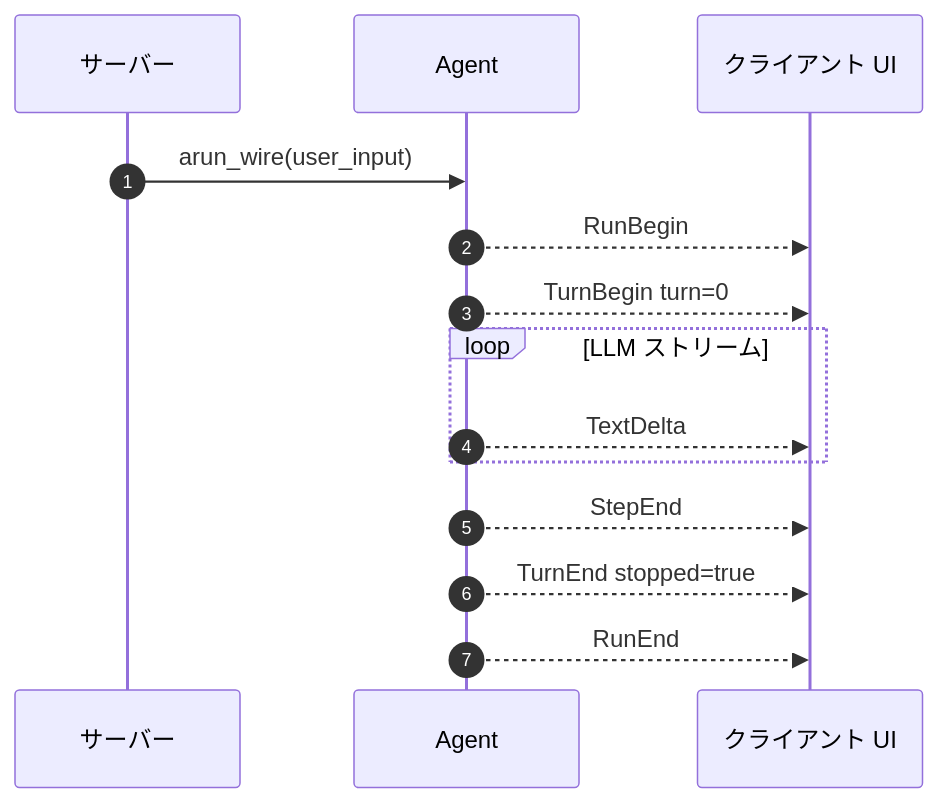
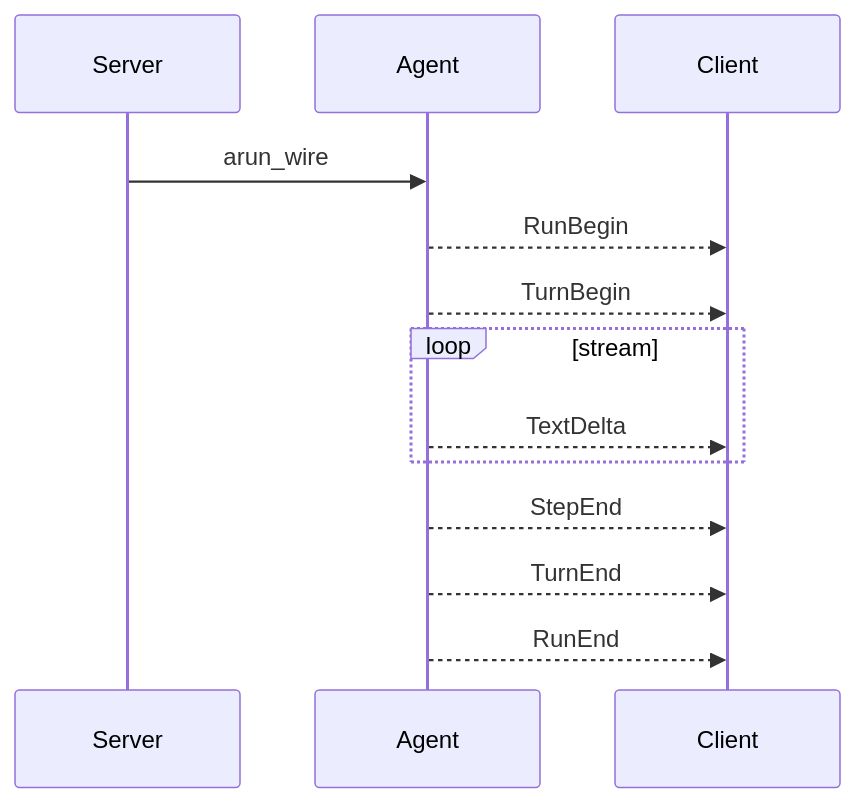
The third of 4 diagrams in docs/ja/wire.md (Mayerxjchen/ElectroMind), drawn with Mermaid before and after one commit. The commit also changed other lines of this file and 23 other files, not shown here.

First line of the commit message:
docs: add Mermaid diagrams and fix rendering

````diff
--- a/docs/ja/wire.md
+++ b/docs/ja/wire.md
@@ -60,17 +38,16 @@
 ```mermaid
 sequenceDiagram
-  autonumber
-  participant App as サーバー
-  participant Agent as Agent
-  participant Client as クライアント UI
+  participant App as Server
+  participant Agent
+  participant Client
 
-  App->>Agent: arun_wire(user_input)
+  App->>Agent: arun_wire
   Agent-->>Client: RunBegin
-  Agent-->>Client: TurnBegin turn=0
-  loop LLM ストリーム
+  Agent-->>Client: TurnBegin
+  loop stream
     Agent-->>Client: TextDelta
   end
   Agent-->>Client: StepEnd
-  Agent-->>Client: TurnEnd stopped=true
+  Agent-->>Client: TurnEnd
   Agent-->>Client: RunEnd
 ```
````
